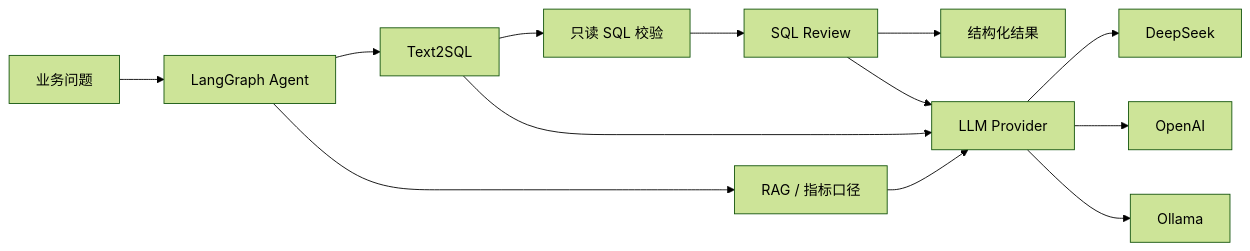
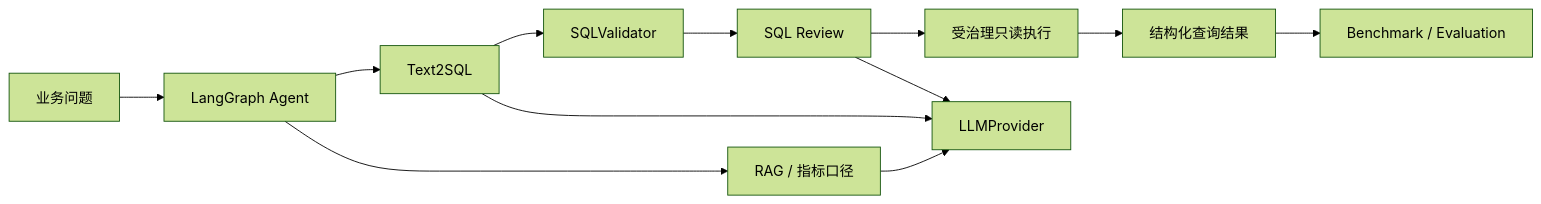
One commit to plutoczm/DataCopilot changed the diagram in README.md. Above: the diagram before and after it, drawn with Mermaid (forest theme). The commit also changed other lines of this file, not shown here.

Commit message:
docs: document governed execution and benchmark workflow

````diff
--- a/README.md
+++ b/README.md
@@ -18,15 +23,14 @@
 ```mermaid
 flowchart LR
     User[业务问题] --> Agent[LangGraph Agent]
     Agent --> RAG[RAG / 指标口径]
     Agent --> T2S[Text2SQL]
-    T2S --> Guard[只读 SQL 校验]
+    T2S --> Guard[SQLValidator]
     Guard --> Review[SQL Review]
-    Review --> Result[结构化结果]
-    RAG --> LLM[LLM Provider]
+    Review --> Execute[受治理只读执行]
+    Execute --> Result[结构化查询结果]
+    Result --> Eval[Benchmark / Evaluation]
+    RAG --> LLM[LLMProvider]
     T2S --> LLM
     Review --> LLM
-    LLM --> DeepSeek[DeepSeek]
-    LLM --> OpenAI[OpenAI]
-    LLM --> Ollama[Ollama]
 ```
````
